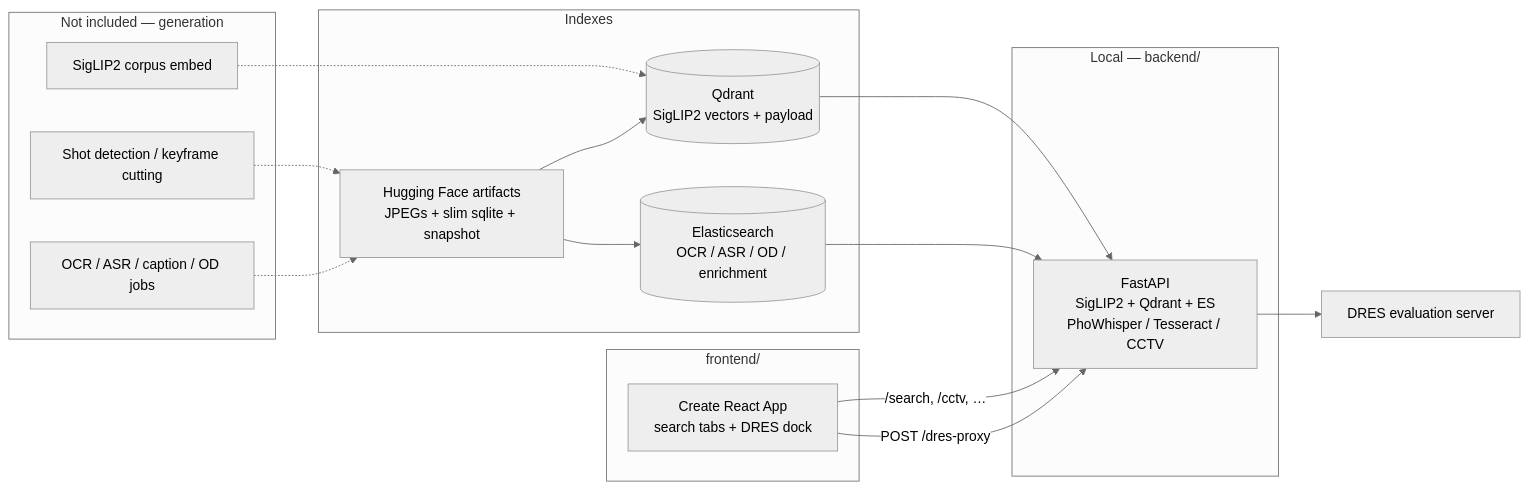
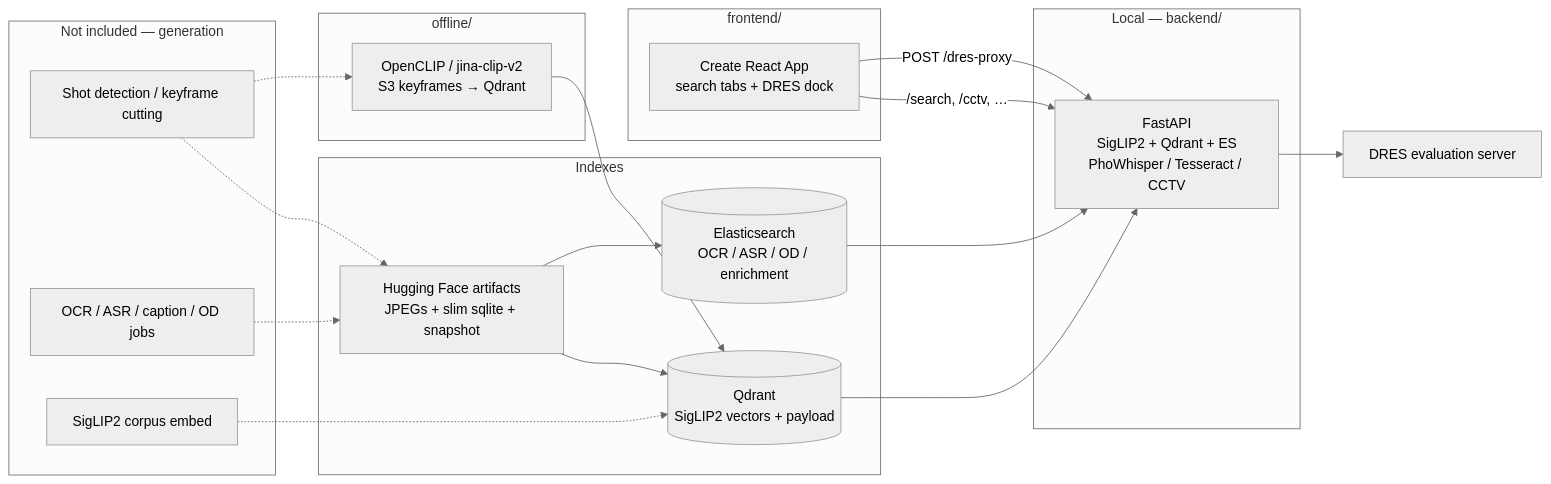
Before and after one commit to dinhthienan33/AIC-Mentos: the diagram in README.md, drawn with Mermaid (neutral theme). The commit also changed other lines of this file and 18 other files, not shown here.

````diff
--- a/README.md
+++ b/README.md
@@ -25,34 +25,40 @@
 ```mermaid
 flowchart LR
     subgraph missing["Not included — generation"]
         CUT["Shot detection / keyframe cutting"]
         ENR["OCR / ASR / caption / OD jobs"]
         SIG["SigLIP2 corpus embed"]
+    end
+
+    subgraph offlineIdx["offline/"]
+        CLIP["OpenCLIP / jina-clip-v2<br/>S3 keyframes → Qdrant"]
     end
 
     subgraph indexes["Indexes"]
         Q[("Qdrant<br/>SigLIP2 vectors + payload")]
         ES[("Elasticsearch<br/>OCR / ASR / OD / enrichment")]
         HF["Hugging Face artifacts<br/>JPEGs + slim sqlite + snapshot"]
     end
 
     subgraph serve["Local — backend/"]
         API["FastAPI<br/>SigLIP2 + Qdrant + ES<br/>PhoWhisper / Tesseract / CCTV"]
     end
 
     subgraph ui["frontend/"]
         FE["Create React App<br/>search tabs + DRES dock"]
     end
 
     DRES["DRES evaluation server"]
 
     CUT -.-> HF
+    CUT -.-> CLIP
     ENR -.-> HF
     SIG -.-> Q
+    CLIP --> Q
     HF --> Q
     HF --> ES
     Q --> API
     ES --> API
     FE -->|/search, /cctv, …| API
     FE -->|POST /dres-proxy| API --> DRES
 ```
````
